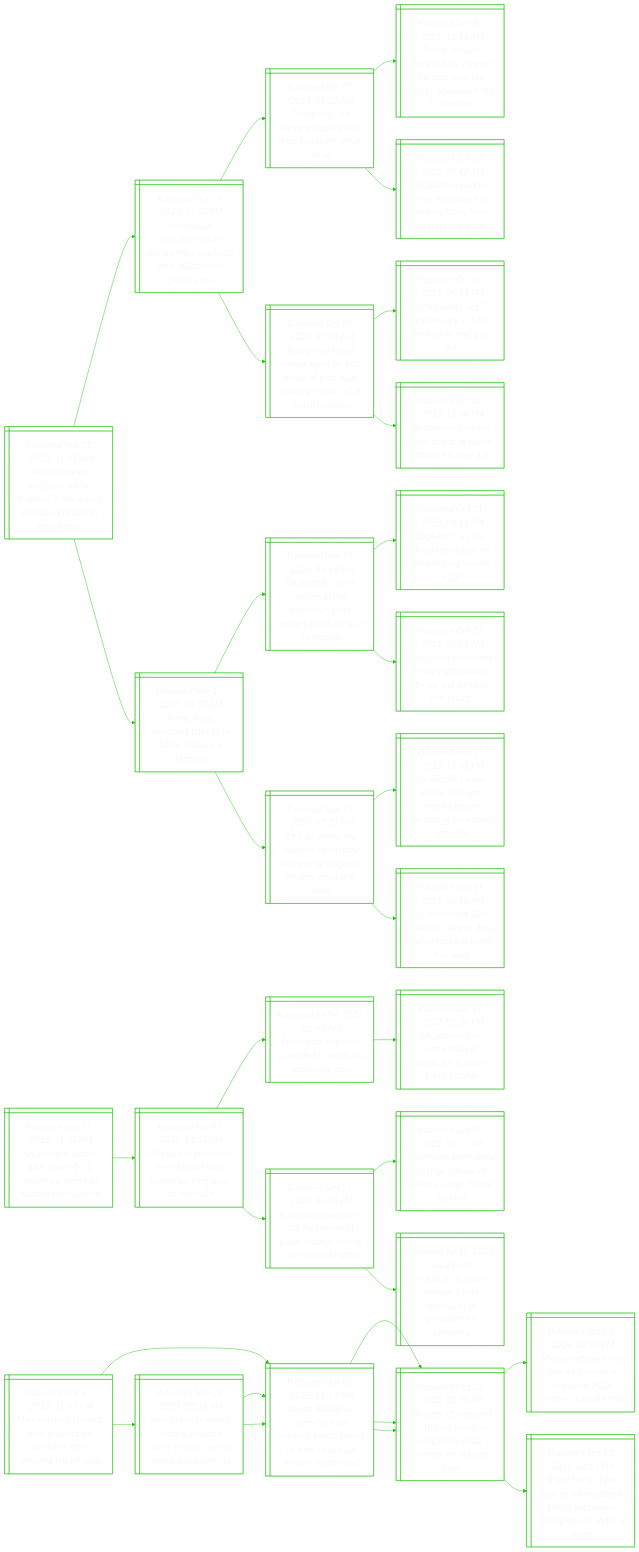
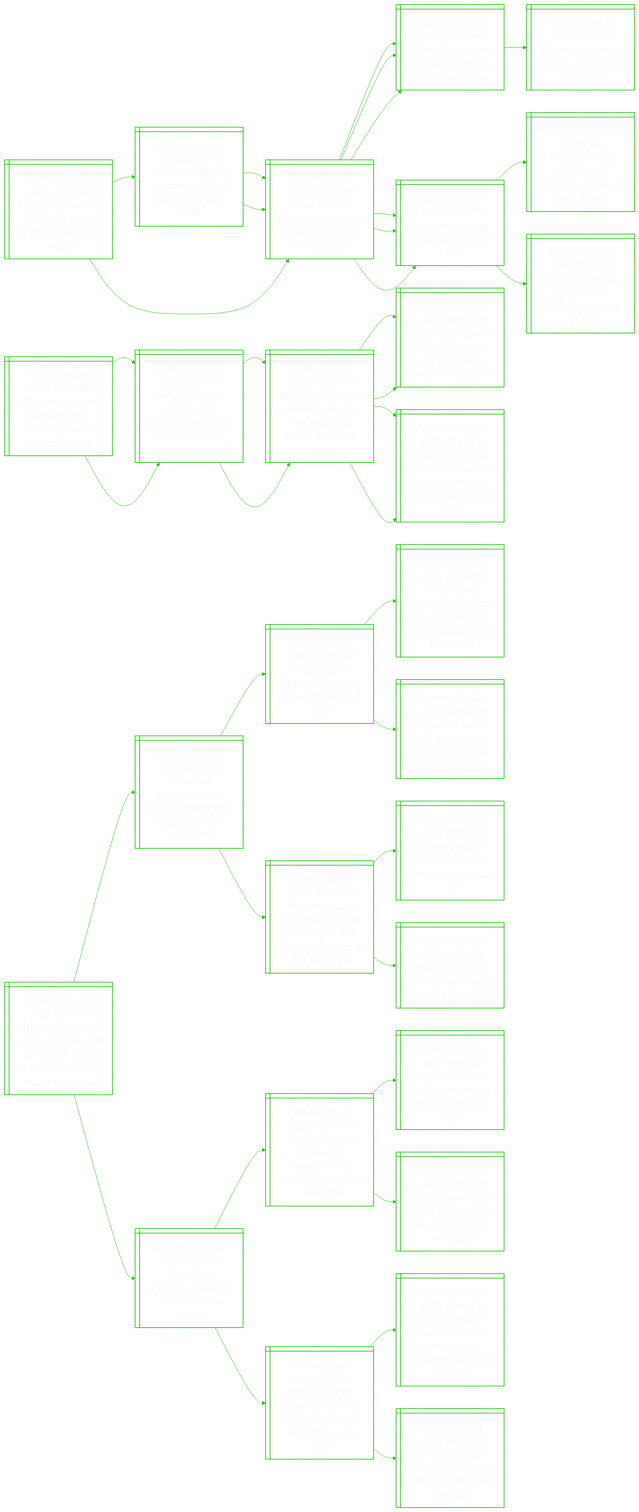
Before and after one commit to notJmes/notJmes: the diagram in README.md, drawn with Mermaid. The commit also changed other lines of this file, not shown here.

````diff
--- a/README.md
+++ b/README.md
@@ -16,8 +16,79 @@
 flowchart LR
 classDef txtsize font-size:20px;
 
-NlacwetfeVuopcz@{ shape: win-pane, label: "_Published Nov 21, 2025, 11:47 AM_
-Nobel laureate machado will be ‘fugitive’ if she leaves venezuela to accept peace prize" }
+Bvrhlgowuye@{ shape: win-pane, label: "_Published Nov 21, 2025, 12:30 PM_
+Believe it or not, that $15.7 million gold toilet was bought by … ripley’s" }
+FKpicsrdor@{ shape: win-pane, label: "_Published Nov 21, 2025, 10:25 AM_
+Frida kahlo painting auctions for $71m, record for woman artist" }
+Kpacsdesrkat@{ shape: win-pane, label: "_Published Nov 19, 2025, 12:10 PM_
+Klimt portrait becomes second most expensive artwork sold at auction" }
+Mndngsiec@{ shape: win-pane, label: "_Published Nov 12, 2025, 03:28 AM_
+Mellon blue diamond ring sells for $32.5m in geneva auction" }
+Rahpclmo@{ shape: win-pane, label: "_Published Nov 10, 2025, 07:05 AM_
+Rare patek philippe watch sells for $22.9 million" }
+Kpacsdesrkat@{ shape: win-pane, label: "_Published Nov 19, 2025, 12:10 PM_
+Klimt portrait becomes second most expensive artwork sold at auction" }
+Mndngsiec@{ shape: win-pane, label: "_Published Nov 12, 2025, 03:28 AM_
+Mellon blue diamond ring sells for $32.5m in geneva auction" }
+Rahpclmo@{ shape: win-pane, label: "_Published Nov 10, 2025, 07:05 AM_
+Rare patek philippe watch sells for $22.9 million" }
+Kpacsdesrkat@{ shape: win-pane, label: "_Published Nov 19, 2025, 12:10 PM_
+Klimt portrait becomes second most expensive artwork sold at auction" }
+Mndngsiec@{ shape: win-pane, label: "_Published Nov 12, 2025, 03:28 AM_
+Mellon blue diamond ring sells for $32.5m in geneva auction" }
+Dnpncotnv@{ shape: win-pane, label: "_Published Nov 06, 2025, 09:05 PM_
+Diamonds, napoleon brooch up for auction in geneva" }
+Rahpclmo@{ shape: win-pane, label: "_Published Nov 10, 2025, 07:05 AM_
+Rare patek philippe watch sells for $22.9 million" }
+TagBnhcait@{ shape: win-pane, label: "_Published Jul 10, 2025, 11:59 PM_
+The $12.8m bag: original birkin smashes records at paris auction" }
+Hsafestic@{ shape: win-pane, label: "_Published Jun 10, 2025, 07:22 PM_
+Human-size labubu figure sells for $193,000 at beijing auction" }
+
+Bvrhlgowuye:::txtsize --> FKpicsrdor:::txtsize
+FKpicsrdor:::txtsize --> Kpacsdesrkat:::txtsize
+Kpacsdesrkat:::txtsize --> Mndngsiec:::txtsize
+Kpacsdesrkat:::txtsize --> Rahpclmo:::txtsize
+FKpicsrdor:::txtsize --> Kpacsdesrkat:::txtsize
+Kpacsdesrkat:::txtsize --> Mndngsiec:::txtsize
+Kpacsdesrkat:::txtsize --> Rahpclmo:::txtsize
+Bvrhlgowuye:::txtsize --> Kpacsdesrkat:::txtsize
+Kpacsdesrkat:::txtsize --> Mndngsiec:::txtsize
+Mndngsiec:::txtsize --> Dnpncotnv:::txtsize
+Kpacsdesrkat:::txtsize --> Rahpclmo:::txtsize
+Rahpclmo:::txtsize --> TagBnhcait:::txtsize
+Rahpclmo:::txtsize --> Hsafestic:::txtsize
+
+MeiMnsuswotg@{ shape: win-pane, label: "_Published Nov 21, 2025, 12:22 PM_
+Miss mexico is new miss universe in surprising twist to chaotic pageant" }
+NIairMnssaetMede@{ shape: win-pane, label: "_Published Nov 05, 2025, 11:59 PM_
+Nawat itsaragrisil sorry for miss universe fiasco, claims he didn’t call miss mexico ‘dumb head’" }
+MfedMnsgeeier@{ shape: win-pane, label: "_Published Oct 23, 2025, 02:30 PM_
+My perfect weekend with miss universe singapore 2025 winner annika xue sager" }
+MfedMnsgeere@{ shape: win-pane, label: "_Published Oct 03, 2024, 03:00 PM_
+My perfect weekend with miss universe singapore 2024 winner charlotte chia" }
+Sryesiacseenudu@{ shape: win-pane, label: "_Published Sep 23, 2025, 04:15 PM_
+Singer harry styles runs berlin marathon, clocks impressive timing of just under 3 hours" }
+NIairMnssaetMede@{ shape: win-pane, label: "_Published Nov 05, 2025, 11:59 PM_
+Nawat itsaragrisil sorry for miss universe fiasco, claims he didn’t call miss mexico ‘dumb head’" }
+MfedMnsgeeier@{ shape: win-pane, label: "_Published Oct 23, 2025, 02:30 PM_
+My perfect weekend with miss universe singapore 2025 winner annika xue sager" }
+MfedMnsgeere@{ shape: win-pane, label: "_Published Oct 03, 2024, 03:00 PM_
+My perfect weekend with miss universe singapore 2024 winner charlotte chia" }
+Sryesiacseenudu@{ shape: win-pane, label: "_Published Sep 23, 2025, 04:15 PM_
+Singer harry styles runs berlin marathon, clocks impressive timing of just under 3 hours" }
+
+MeiMnsuswotg:::txtsize --> NIairMnssaetMede:::txtsize
+NIairMnssaetMede:::txtsize --> MfedMnsgeeier:::txtsize
+MfedMnsgeeier:::txtsize --> MfedMnsgeere:::txtsize
+MfedMnsgeeier:::txtsize --> Sryesiacseenudu:::txtsize
+MeiMnsuswotg:::txtsize --> NIairMnssaetMede:::txtsize
+NIairMnssaetMede:::txtsize --> MfedMnsgeeier:::txtsize
+MfedMnsgeeier:::txtsize --> MfedMnsgeere:::txtsize
+MfedMnsgeeier:::txtsize --> Sryesiacseenudu:::txtsize
+
+Nlarraobiilszteai@{ shape: win-pane, label: "_Published Nov 21, 2025, 11:47 AM_
+Nobel laureate maria corina machado will be ‘fugitive’ if she leaves venezuela to accept peace prize" }
 Vuoilranhibai@{ shape: win-pane, label: "_Published Oct 10, 2025, 05:02 PM_
 Venezuelan opposition leader maria corina machado wins 2025 nobel peace prize" }
 TsonoeroelS@{ shape: win-pane, label: "_Published Oct 01, 2025, 05:12 AM_
@@ -47,14 +118,14 @@
 Uddrngufialhe@{ shape: win-pane, label: "_Published Nov 14, 2025, 06:32 AM_
 Us conducted 20th strike on alleged drug trafficking boat earlier this week" }
 
-NlacwetfeVuopcz:::txtsize --> Vuoilranhibai:::txtsize
+Nlarraobiilszteai:::txtsize --> Vuoilranhibai:::txtsize
 Vuoilranhibai:::txtsize --> TsonoeroelS:::txtsize
 TsonoeroelS:::txtsize --> Tseaupoabmrnluo:::txtsize
 TsonoeroelS:::txtsize --> Htahueirsmng:::txtsize
 Vuoilranhibai:::txtsize --> TssHaossaaorslaoe:::txtsize
 TssHaossaaorslaoe:::txtsize --> Ilsnrakhoar:::txtsize
 TssHaossaaorslaoe:::txtsize --> NyeeawHakl:::txtsize
-NlacwetfeVuopcz:::txtsize --> TfsztaaMort:::txtsize
+Nlarraobiilszteai:::txtsize --> TfsztaaMort:::txtsize
 TfsztaaMort:::txtsize --> Ucceinaeiiburz:::txtsize
 Ucceinaeiiburz:::txtsize --> Eirdyroersl:::txtsize
 Ucceinaeiiburz:::txtsize --> VuonipcnAraTo:::txtsize
@@ -62,57 +133,4 @@
 orsomalduttpon:::txtsize --> Ucceeonigsteens:::txtsize
 orsomalduttpon:::txtsize --> Uddrngufialhe:::txtsize
 
-AmipemostcIle@{ shape: win-pane, label: "_Published Nov 21, 2025, 11:37 AM_
-Anonymous bidder pays nearly $1.2 million for secret to decode cia sculpture" }
-yisrArehnlia@{ shape: win-pane, label: "_Published Feb 02, 2024, 11:33 AM_
-40 years in prison for ex-cia coder who leaked hacking tools to wikileaks" }
-Frnevdkkie@{ shape: win-pane, label: "_Published Jul 14, 2022, 06:40 AM_
-Former cia engineer convicted in wikileaks espionage case" }
-UrUriWeoraa@{ shape: win-pane, label: "_Published Jun 17, 2022, 05:38 PM_
-Uk approves us extradition of wikileaks' founder julian assange" }
-AalkaraJnnranin@{ shape: win-pane, label: "_Published Sep 21, 2023, 06:48 AM_
-Australian lawmakers call for release of julian assange during talks in washington" }
-AalkorsuAgiv@{ shape: win-pane, label: "_Published Sep 05, 2023, 08:17 AM_
-Australian lawmakers to urge release of julian assange during us visit" }
-Weorniptrere@{ shape: win-pane, label: "_Published Jul 11, 2023, 02:29 AM_
-Wikileaks founder assange's wife appeals to us president for clemency" }
-
-AmipemostcIle:::txtsize --> yisrArehnlia:::txtsize
-yisrArehnlia:::txtsize --> Frnevdkkie:::txtsize
-Frnevdkkie:::txtsize --> UrUriWeoraa:::txtsize
-yisrArehnlia:::txtsize --> AalkaraJnnranin:::txtsize
-AalkaraJnnranin:::txtsize --> AalkorsuAgiv:::txtsize
-AalkaraJnnranin:::txtsize --> Weorniptrere:::txtsize
-
-Mnsaxatreecffg@{ shape: win-pane, label: "_Published Nov 21, 2025, 11:05 AM_
-Miss universe jamaica exits pageant on stretcher after shocking fall off stage" }
-NIairMnssaetMede@{ shape: win-pane, label: "_Published Nov 05, 2025, 11:59 PM_
-Nawat itsaragrisil sorry for miss universe fiasco, claims he didn’t call miss mexico ‘dumb head’" }
-MfedMnsgeeier@{ shape: win-pane, label: "_Published Oct 23, 2025, 02:30 PM_
-My perfect weekend with miss universe singapore 2025 winner annika xue sager" }
-MfedMnsgeere@{ shape: win-pane, label: "_Published Oct 03, 2024, 03:00 PM_
-My perfect weekend with miss universe singapore 2024 winner charlotte chia" }
-Sryesiacseenudu@{ shape: win-pane, label: "_Published Sep 23, 2025, 04:15 PM_
-Singer harry styles runs berlin marathon, clocks impressive timing of just under 3 hours" }
-MnseccssaeNgir@{ shape: win-pane, label: "_Published Nov 08, 2025, 03:28 PM_
-Miss universe queen alicia machado’s ‘racist’ remarks versus nawat get asians’ ire" }
-NIairMnssaetMede@{ shape: win-pane, label: "_Published Nov 05, 2025, 11:59 PM_
-Nawat itsaragrisil sorry for miss universe fiasco, claims he didn’t call miss mexico ‘dumb head’" }
-MfedMnsgeeier@{ shape: win-pane, label: "_Published Oct 23, 2025, 02:30 PM_
-My perfect weekend with miss universe singapore 2025 winner annika xue sager" }
-NIairMnssaetMede@{ shape: win-pane, label: "_Published Nov 05, 2025, 11:59 PM_
-Nawat itsaragrisil sorry for miss universe fiasco, claims he didn’t call miss mexico ‘dumb head’" }
-MfedMnsgeeier@{ shape: win-pane, label: "_Published Oct 23, 2025, 02:30 PM_
-My perfect weekend with miss universe singapore 2025 winner annika xue sager" }
-
-Mnsaxatreecffg:::txtsize --> NIairMnssaetMede:::txtsize
-NIairMnssaetMede:::txtsize --> MfedMnsgeeier:::txtsize
-MfedMnsgeeier:::txtsize --> MfedMnsgeere:::txtsize
-MfedMnsgeeier:::txtsize --> Sryesiacseenudu:::txtsize
-Mnsaxatreecffg:::txtsize --> MnseccssaeNgir:::txtsize
-MnseccssaeNgir:::txtsize --> NIairMnssaetMede:::txtsize
-NIairMnssaetMede:::txtsize --> MfedMnsgeeier:::txtsize
-MnseccssaeNgir:::txtsize --> NIairMnssaetMede:::txtsize
-NIairMnssaetMede:::txtsize --> MfedMnsgeeier:::txtsize
-
 ```
````
